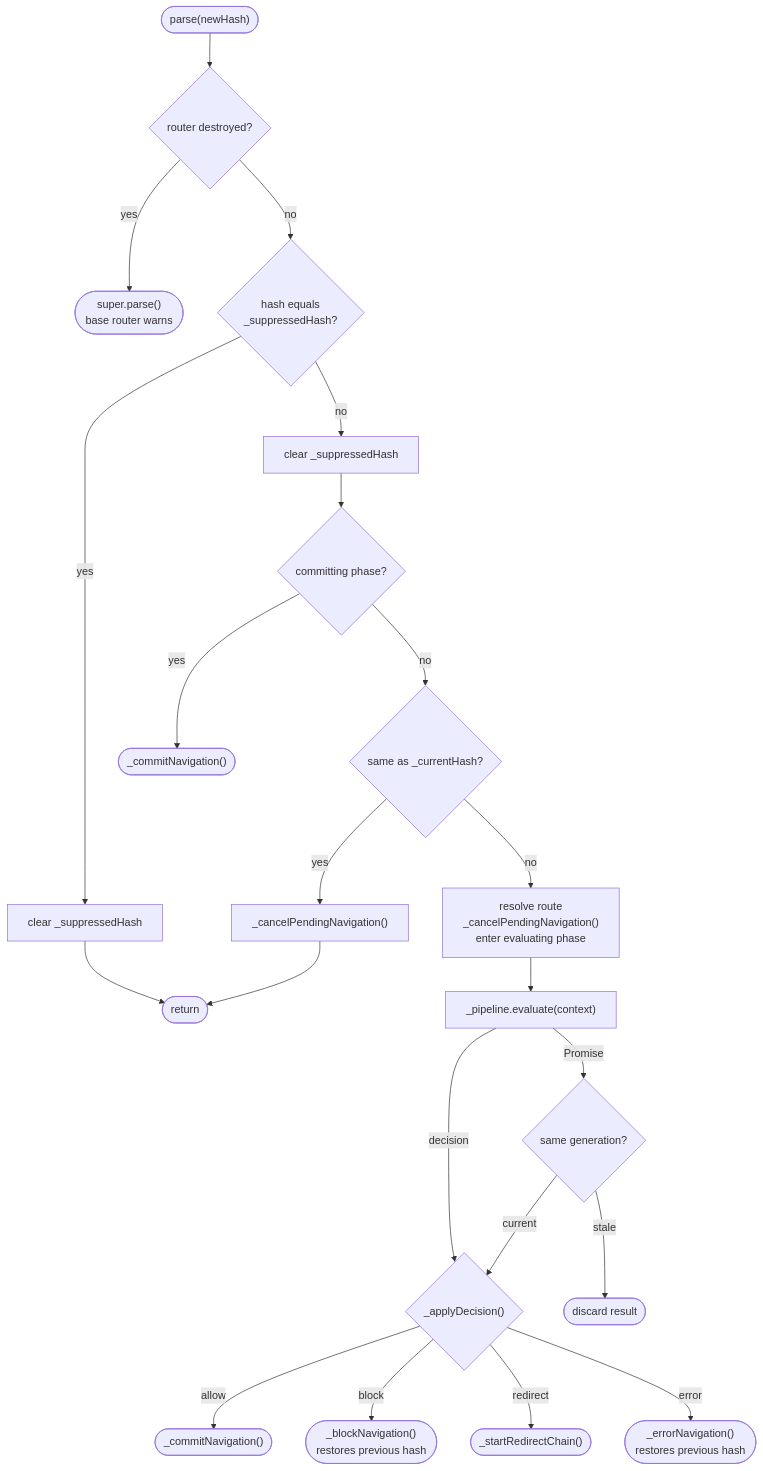
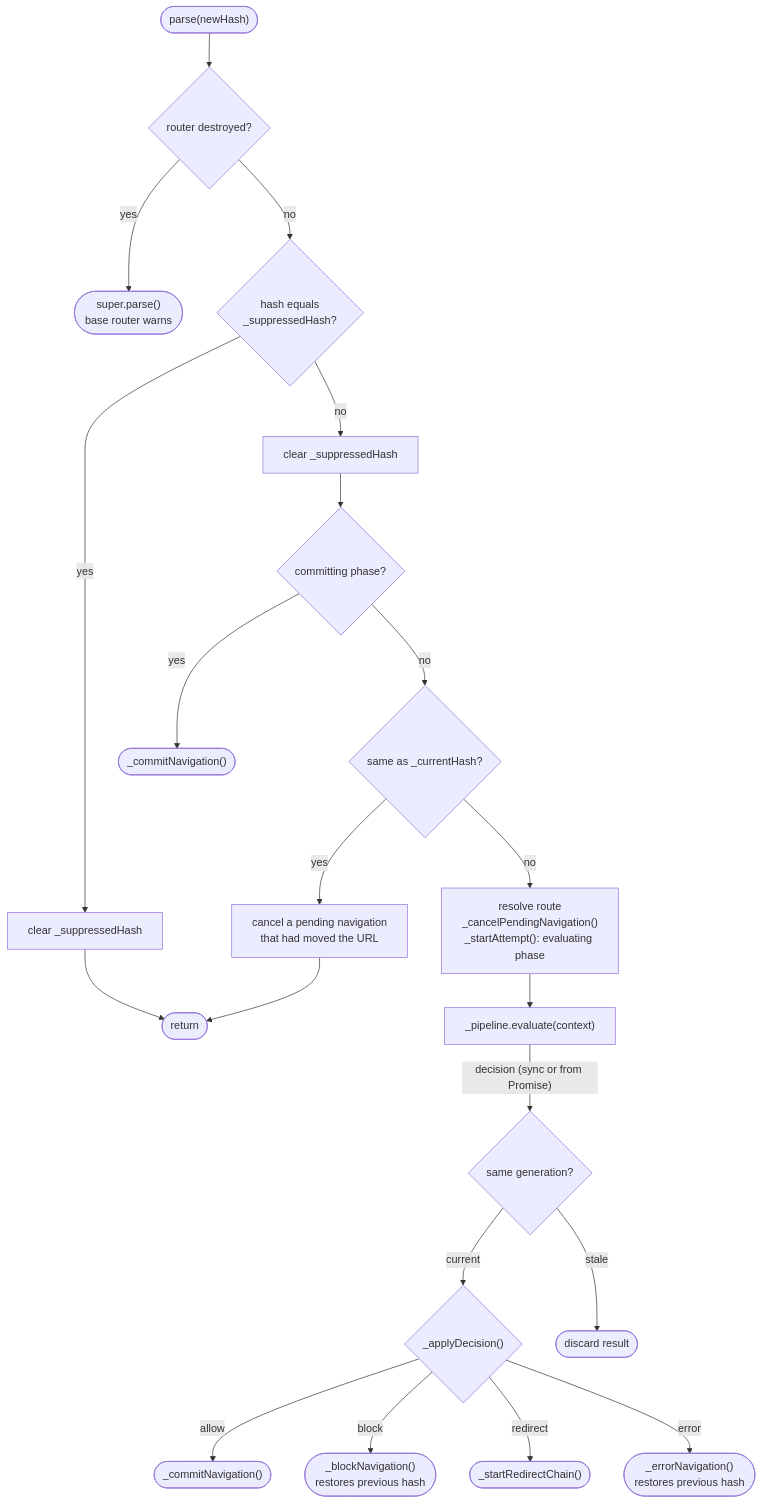
The first of 4 diagrams in docs/reference/architecture.md (wridgeu/ui5-lib-guard-router), drawn with Mermaid before and after one commit. The commit also changed other lines of this file and 18 other files, not shown here.

````diff
--- a/docs/reference/architecture.md
+++ b/docs/reference/architecture.md
@@ -186,23 +186,22 @@
 ```mermaid
 flowchart TD
     start(["parse(newHash)"]) --> destroyed{"router destroyed?"}
     destroyed -- "yes" --> warn(["super.parse()<br/>base router warns"])
     destroyed -- "no" --> suppress{"hash equals<br/>_suppressedHash?"}
     suppress -- "yes" --> sclear["clear _suppressedHash"] --> ret(["return"])
     suppress -- "no" --> sclear2["clear _suppressedHash"] --> redir{committing phase?}
     redir -- "yes" --> bypass(["_commitNavigation()"])
     redir -- "no" --> samehash{same as _currentHash?}
-    samehash -- "yes" --> canceldup["_cancelPendingNavigation()"] --> ret
-    samehash -- "no" --> setup["resolve route<br/>_cancelPendingNavigation()<br/>enter evaluating phase"]
+    samehash -- "yes" --> canceldup["cancel a pending navigation<br/>that had moved the URL"] --> ret
+    samehash -- "no" --> setup["resolve route<br/>_cancelPendingNavigation()<br/>_startAttempt(): evaluating phase"]
 
     setup --> evaluate["_pipeline.evaluate(context)"]
-    evaluate -- "decision" --> apply{"_applyDecision()"}
-    evaluate -- "Promise" --> stale{"same generation?"}
-    stale -- "current" --> apply
+    evaluate -- "decision (sync or from Promise)" --> stale{"same generation?"}
+    stale -- "current" --> apply{"_applyDecision()"}
     stale -- "stale" --> discard(["discard result"])
 
     apply -- "allow" --> commit(["_commitNavigation()"])
     apply -- "block" --> block(["_blockNavigation()<br/>restores previous hash"])
     apply -- "redirect" --> redirect(["_startRedirectChain()"])
     apply -- "error" --> errornav(["_errorNavigation()<br/>restores previous hash"])
 ```
````
